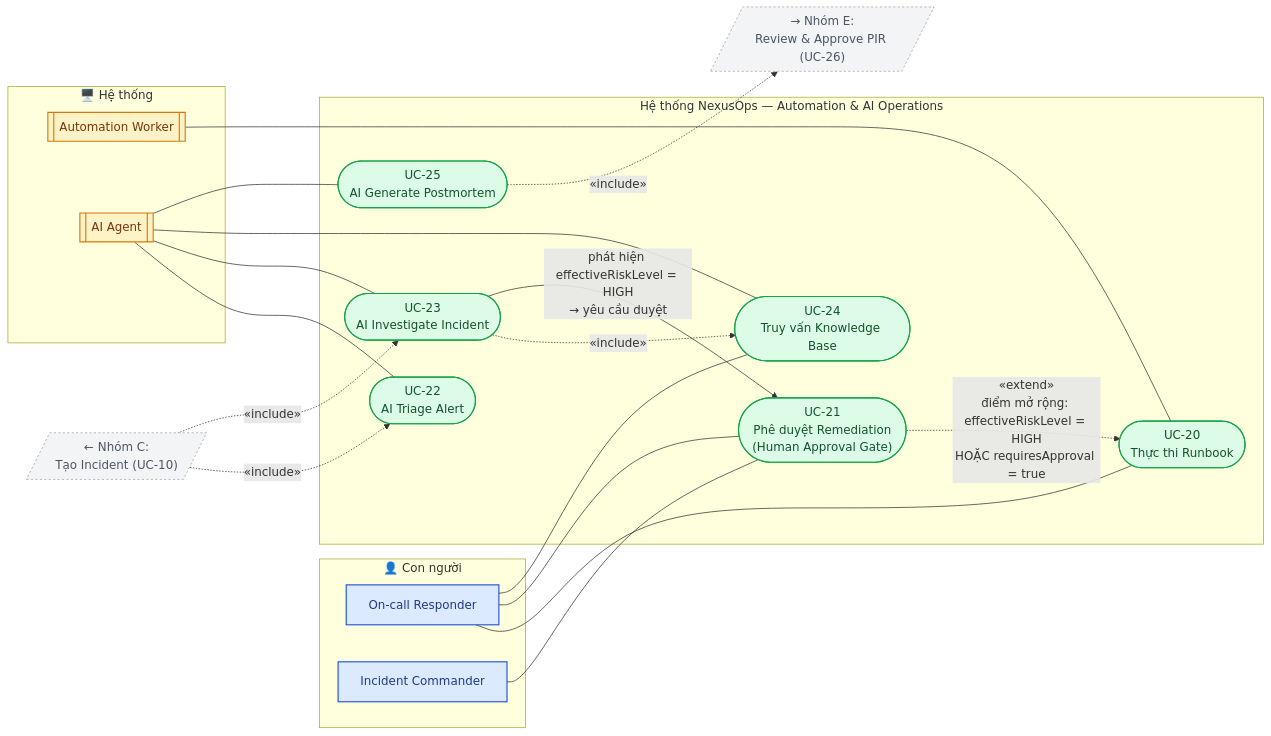
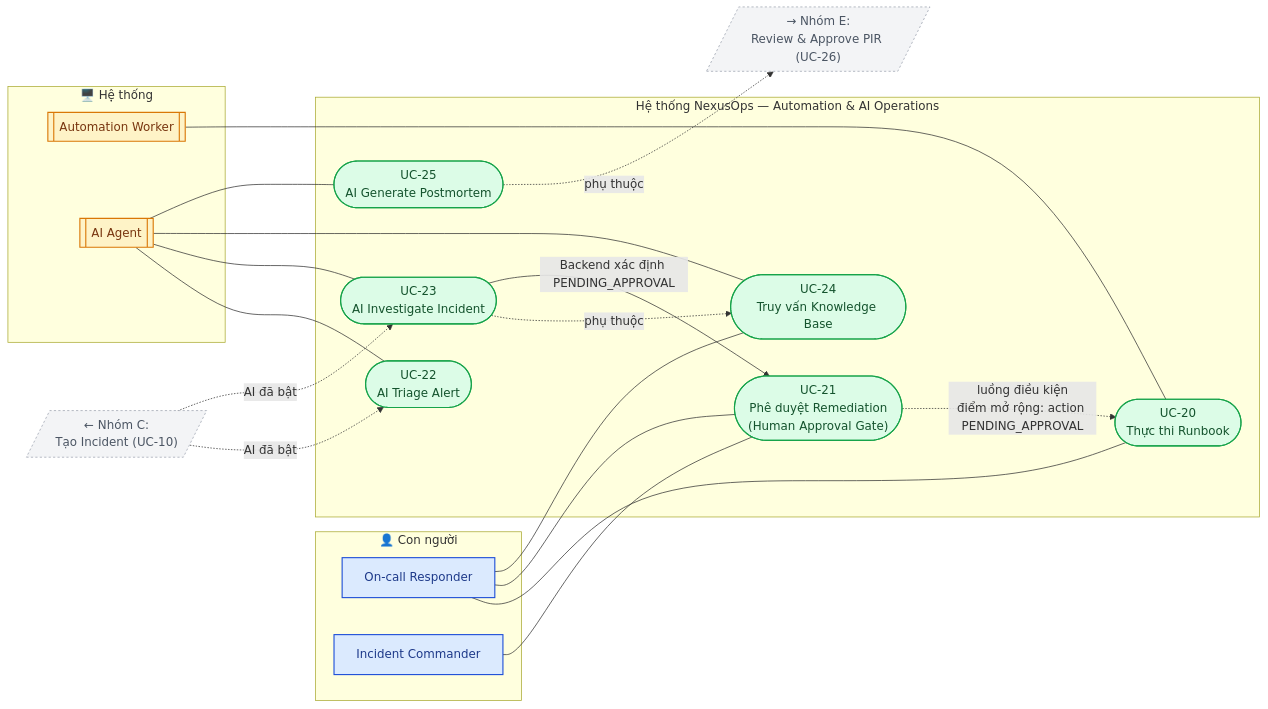
The fifth of 16 diagrams in README.md (NguyenBao0305/Intelligent-Incident-Reliability-Operations-Platform), drawn with Mermaid before and after one commit. The commit also changed other lines of this file, not shown here.

````diff
--- a/README.md
+++ b/README.md
@@ -638,49 +570,49 @@
 ```mermaid
 flowchart LR
     subgraph ACTORS_D_H["👤 Con người"]
         Responder2[On-call Responder]
         Commander2[Incident Commander]
     end
     subgraph ACTORS_D_S["🖥️ Hệ thống"]
         AutomationWorker[[Automation Worker]]
         AIAgent[[AI Agent]]
     end
 
     subgraph SYS_D["Hệ thống NexusOps — Automation & AI Operations"]
         UC20(["UC-20<br/>Thực thi Runbook"])
         UC21(["UC-21<br/>Phê duyệt Remediation<br/>(Human Approval Gate)"])
         UC22(["UC-22<br/>AI Triage Alert"])
         UC23(["UC-23<br/>AI Investigate Incident"])
         UC24(["UC-24<br/>Truy vấn Knowledge Base"])
         UC25(["UC-25<br/>AI Generate Postmortem"])
     end
 
     REF_INC[/"← Nhóm C:<br/>Tạo Incident (UC-10)"/]
     REF_PIR[/"→ Nhóm E:<br/>Review & Approve PIR (UC-26)"/]
 
     AutomationWorker --- UC20
     Responder2 --- UC20
     Responder2 --- UC21
     Commander2 --- UC21
     AIAgent --- UC22
     AIAgent --- UC23
     AIAgent --- UC24
     AIAgent --- UC25
     Responder2 --- UC24
 
-    REF_INC -.->|"«include»"| UC22
-    REF_INC -.->|"«include»"| UC23
-    UC23 -.->|"«include»"| UC24
-    UC23 -->|"phát hiện effectiveRiskLevel = HIGH<br/>→ yêu cầu duyệt"| UC21
-    UC21 -.->|"«extend»<br/>điểm mở rộng: effectiveRiskLevel = HIGH<br/>HOẶC requiresApproval = true"| UC20
-    UC25 -.->|"«include»"| REF_PIR
+    REF_INC -.->|"AI đã bật"| UC22
+    REF_INC -.->|"AI đã bật"| UC23
+    UC23 -.->|"phụ thuộc"| UC24
+    UC23 -->|"Backend xác định PENDING_APPROVAL"| UC21
+    UC21 -.->|"luồng điều kiện<br/>điểm mở rộng: action PENDING_APPROVAL"| UC20
+    UC25 -.->|"phụ thuộc"| REF_PIR
 
     classDef actorHuman fill:#dbeafe,stroke:#1d4ed8,stroke-width:1.5px,color:#1e3a8a
     classDef actorSystem fill:#fef3c7,stroke:#d97706,stroke-width:1.5px,color:#78350f
     classDef usecase fill:#dcfce7,stroke:#16a34a,stroke-width:1.5px,color:#14532d
     classDef refNode fill:#f3f4f6,stroke:#9ca3af,stroke-width:1px,stroke-dasharray: 3 3,color:#4b5563
     class Responder2,Commander2 actorHuman
     class AutomationWorker,AIAgent actorSystem
     class UC20,UC21,UC22,UC23,UC24,UC25 usecase
     class REF_INC,REF_PIR refNode
 ```
````
